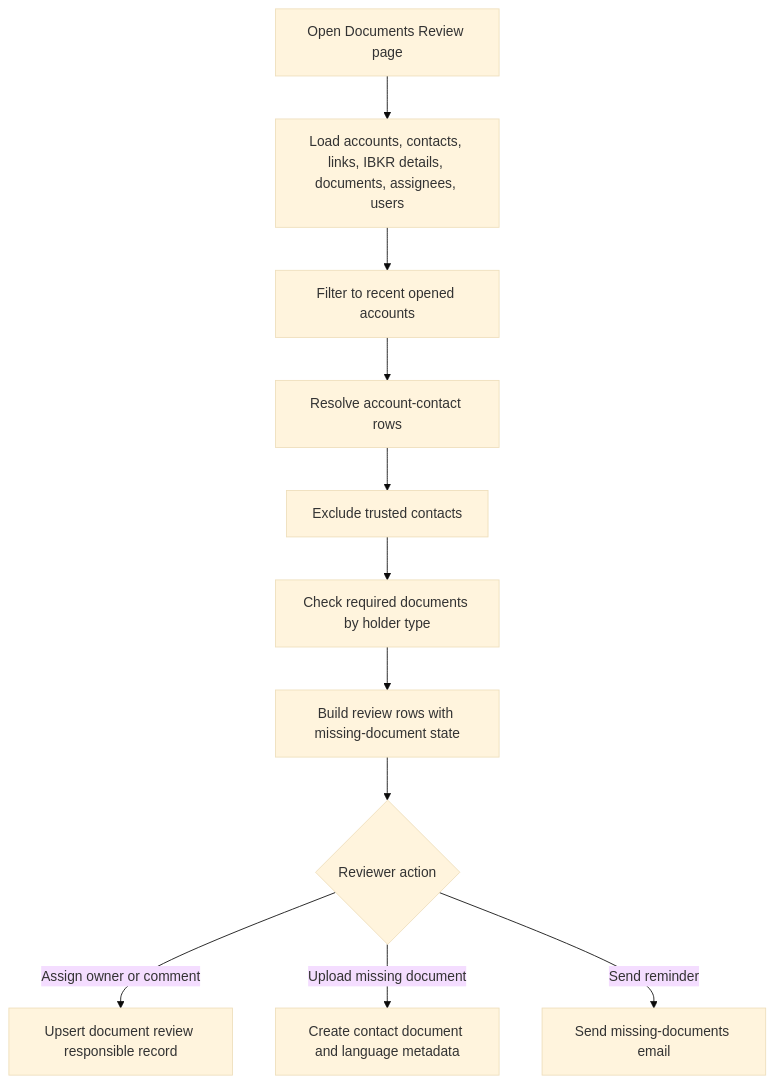
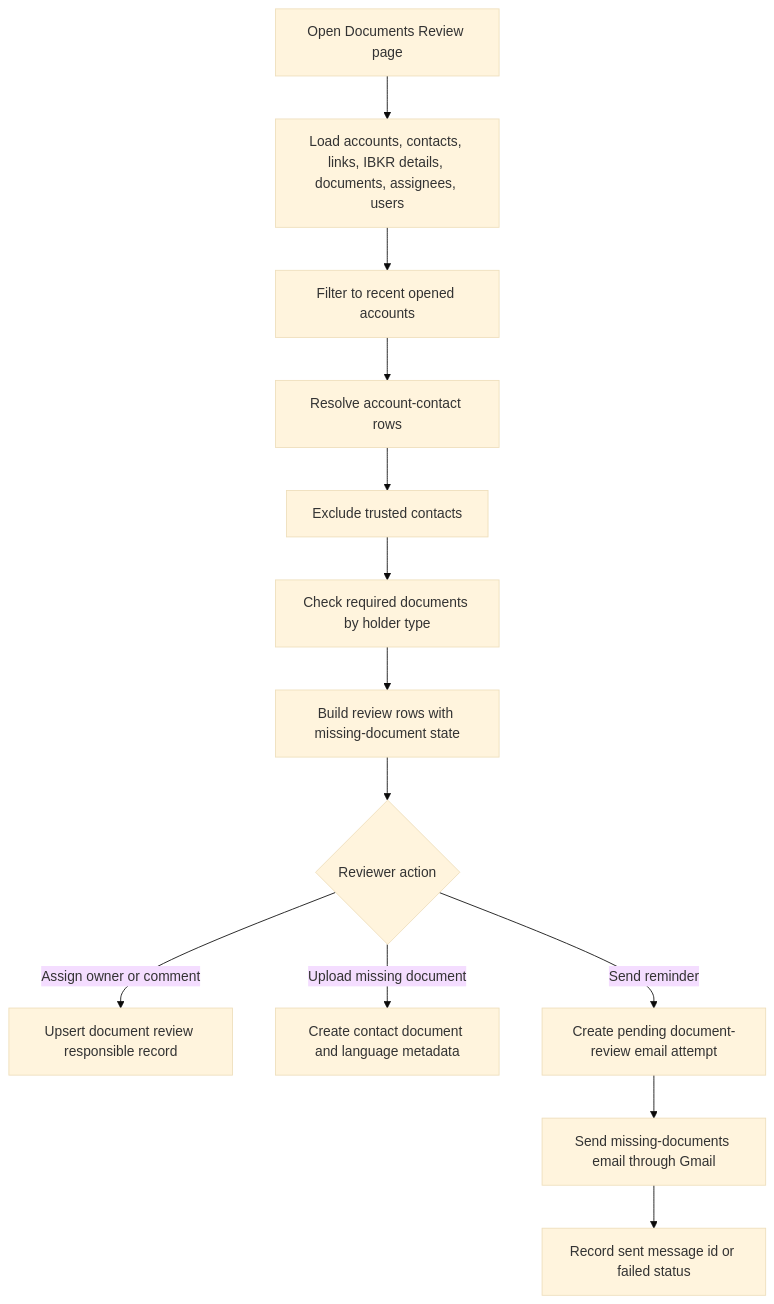
The diagram in processes/06-documents-review-workflow.md (agmtrader/compliance), drawn with Mermaid (base theme) before and after one commit. The commit also changed other lines of this file and 3 other files, not shown here.

Commit message:
Enhance Documents Review Workflow to create a review-linked email attempt for missing-document outreach, recording recipient details and email status, while updating operational gaps documentation to reflect new email tracking and retention processes.

````diff
--- a/processes/06-documents-review-workflow.md
+++ b/processes/06-documents-review-workflow.md
@@ -54,13 +54,15 @@
 ```mermaid
 flowchart TD
     A["Open Documents Review page"] --> B["Load accounts, contacts, links, IBKR details, documents, assignees, users"]
     B --> C["Filter to recent opened accounts"]
     C --> D["Resolve account-contact rows"]
     D --> E["Exclude trusted contacts"]
     E --> F["Check required documents by holder type"]
     F --> G["Build review rows with missing-document state"]
     G --> H{"Reviewer action"}
     H -- "Assign owner or comment" --> I["Upsert document review responsible record"]
     H -- "Upload missing document" --> J["Create contact document and language metadata"]
-    H -- "Send reminder" --> K["Send missing-documents email"]
+    H -- "Send reminder" --> K["Create pending document-review email attempt"]
+    K --> L["Send missing-documents email through Gmail"]
+    L --> M["Record sent message id or failed status"]
 ```
````
